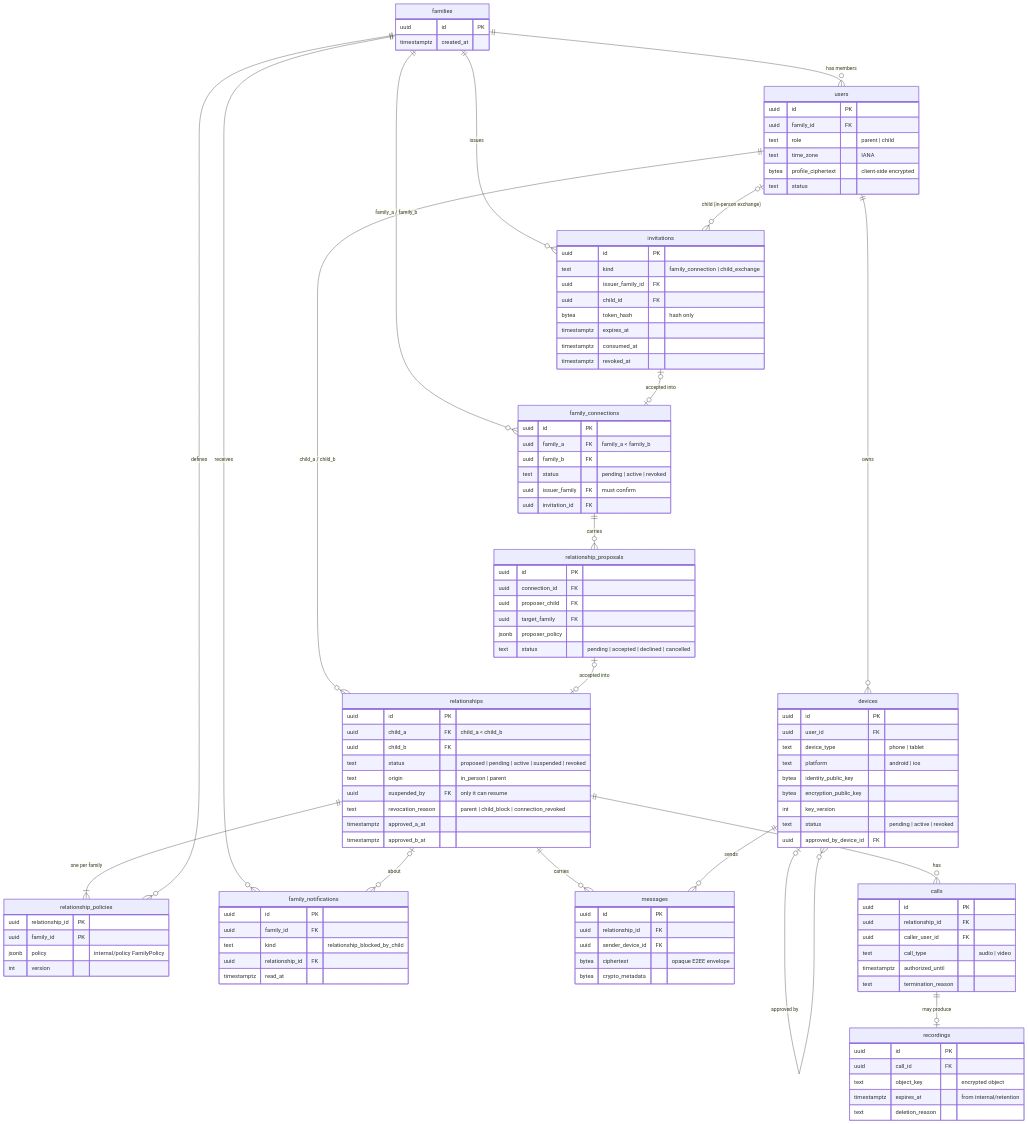
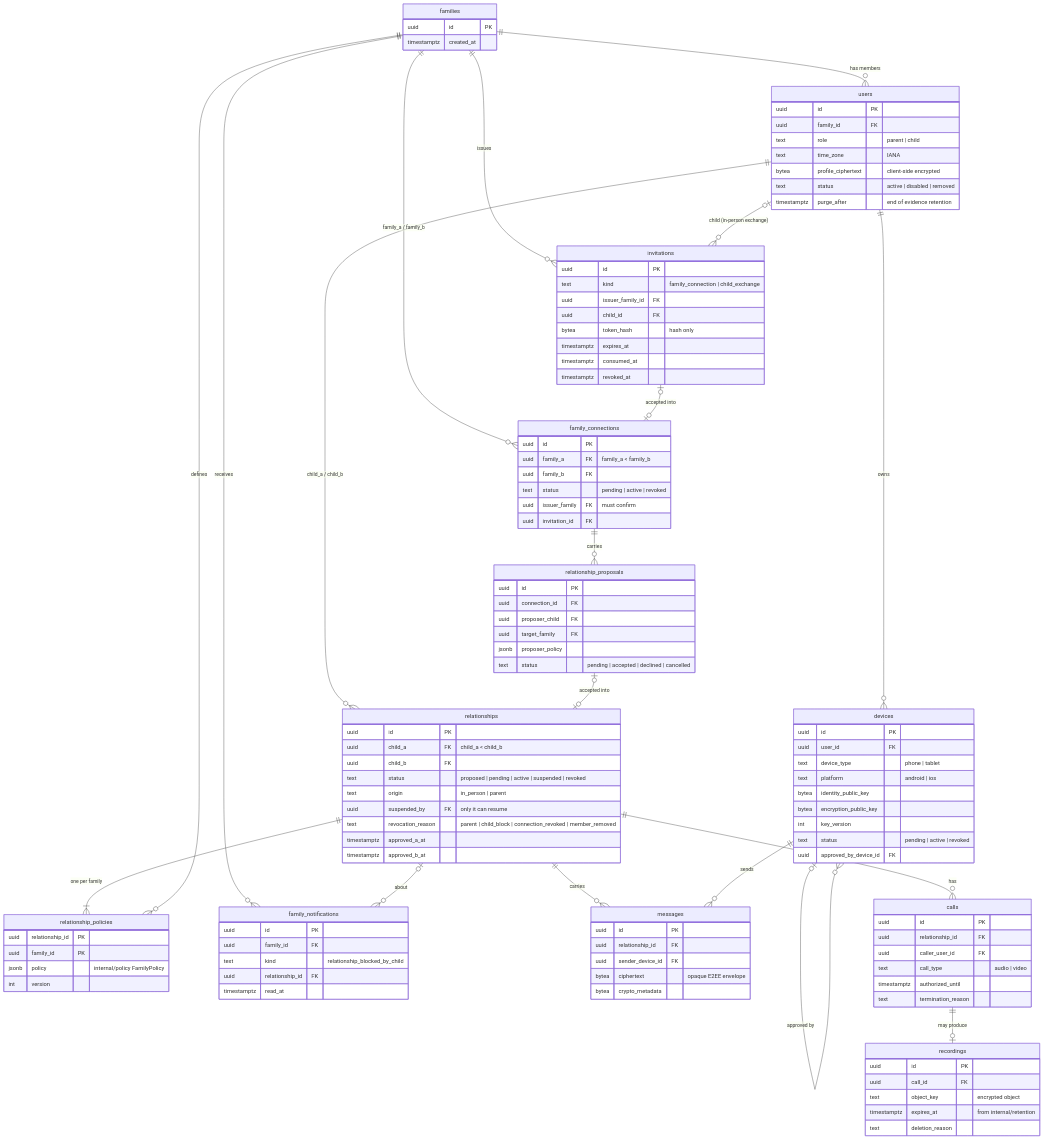
The diagram in docs/data-model.md (frbayart/tkc), drawn with Mermaid before and after one commit. The commit also changed other lines of this file and 10 other files, not shown here.

First line of the commit message:
Keep a removed member's data as evidence before purging it

```diff
--- a/docs/data-model.md
+++ b/docs/data-model.md
@@ -43,7 +43,8 @@
         text role "parent | child"
         text time_zone "IANA"
         bytea profile_ciphertext "client-side encrypted"
-        text status
+        text status "active | disabled | removed"
+        timestamptz purge_after "end of evidence retention"
     }
     devices {
         uuid id PK
@@ -81,7 +82,7 @@
         text status "proposed | pending | active | suspended | revoked"
         text origin "in_person | parent"
         uuid suspended_by FK "only it can resume"
-        text revocation_reason "parent | child_block | connection_revoked"
+        text revocation_reason "parent | child_block | connection_revoked | member_removed"
         timestamptz approved_a_at
         timestamptz approved_b_at
     }
```
